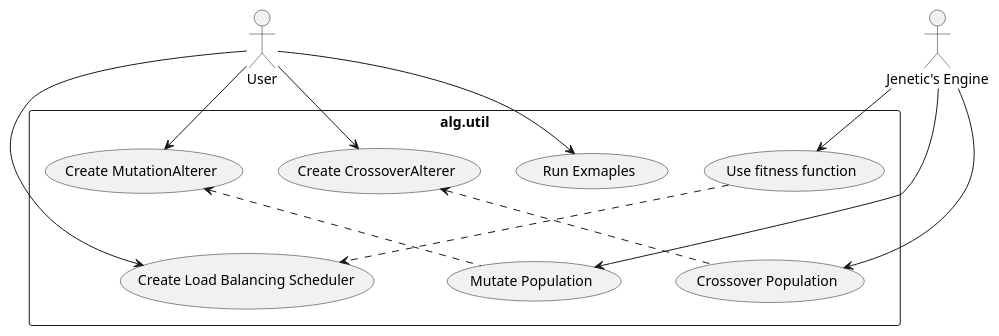
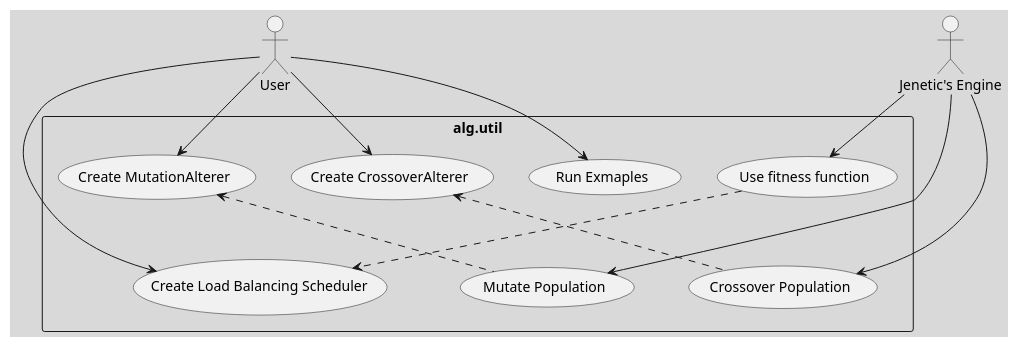
Before and after one commit to pjcuadra/galob: the seventh of 7 diagrams in docs/source/arch/overview.rst, drawn with PlantUML. The commit also changed other lines of this file and 2 other files, not shown here.

Commit message:
chg: dev: Update Architecture overview and fix some visibility issues

```diff
--- a/docs/source/arch/overview.rst
+++ b/docs/source/arch/overview.rst
@@ -225,24 +267,27 @@
 .. uml::
   :scale: 50 %
   :align: center
+
+  skinparam monochrome true
+  skinparam backgroundColor #d9d9d9
 
   Actor User
   Actor "Jenetic's Engine"
 
   rectangle alg.util {
 
     :User: --> (Create MutationAlterer)
     :User: --> (Create CrossoverAlterer)
     :User: --> (Create Load Balancing Scheduler)
     :User: --> (Run Exmaples)
 
     :Jenetic's Engine: --> (Mutate Population)
     :Jenetic's Engine: --> (Crossover Population)
     :Jenetic's Engine: --> (Use fitness function)
 
 
     (Use fitness function) ..> (Create Load Balancing Scheduler)
     (Create MutationAlterer) <.. (Mutate Population)
     (Create CrossoverAlterer) <.. (Crossover Population)
 
   }
```
